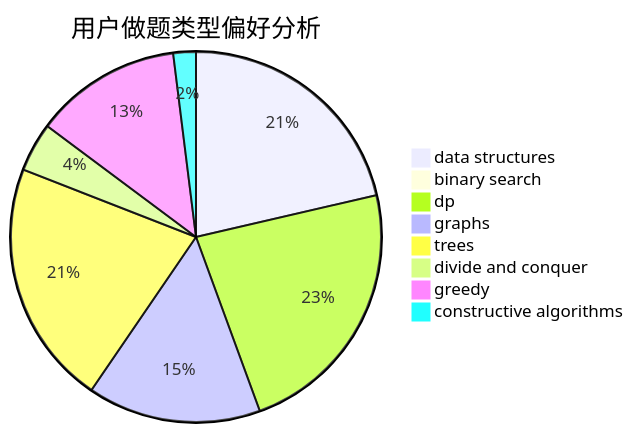
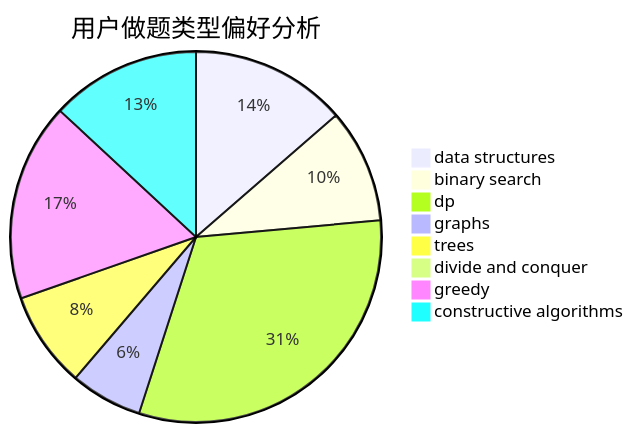
The second of 3 diagrams in docs/user/u2509.md (sherpahu/cfrs.github.io), drawn with Mermaid before and after one commit. The commit also changed other lines of this file and 2770 other files, not shown here.

````diff
--- a/docs/user/u2509.md
+++ b/docs/user/u2509.md
@@ -23,11 +23,11 @@
 ```mermaid
 pie title 用户做题类型偏好分析
-    "data structures" :  65
-    "binary search" :  0
-    "dp" :  70
-    "graphs" :  46
-    "trees" :  65
-    "divide and conquer" :  13
-    "greedy" :  39
-    "constructive algorithms" :  6
+    "data structures" :  26
+    "binary search" :  19
+    "dp" :  60
+    "graphs" :  12
+    "trees" :  16
+    "divide and conquer" :  0
+    "greedy" :  33
+    "constructive algorithms" :  25
 ```
````
